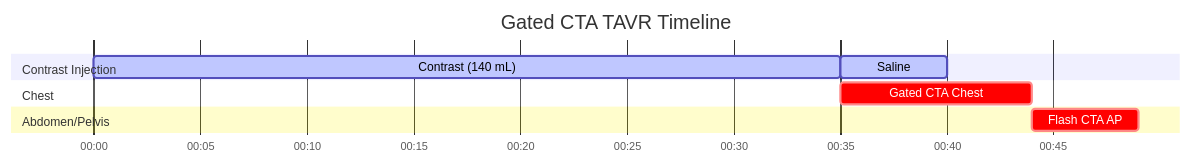
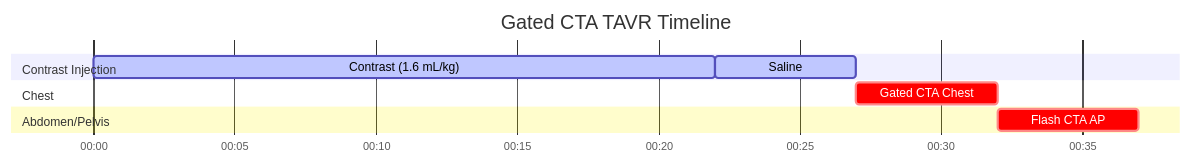
The diagram in docs/ct/cardiac/gated-cta-tavr.md (dfergs93/radiology-protocols), drawn with Mermaid before and after one commit. The commit also changed other lines of this file and 26 other files, not shown here.

````diff
--- a/docs/ct/cardiac/gated-cta-tavr.md
+++ b/docs/ct/cardiac/gated-cta-tavr.md
@@ -85,20 +86,20 @@
   ```mermaid
   ---
   displayMode: compact
   config:
     theme: default
     themeCSS: " #Saline{ fill: #4ed5ff; stroke: #2094f3; } "
   ---
     gantt
       title Gated CTA TAVR Timeline
       dateFormat mm:ss
       axisFormat %M:%S 
       
       section Contrast Injection
-      Contrast (140 mL)    :active, contrast, 00:00, 35s
+      Contrast (1.6 mL/kg)    :active, contrast, 00:00, 22s
       Saline          :active, saline, after contrast, 5s
       section Chest
-      Gated CTA Chest    :crit, scan1, after contrast, 9.0s
+      Gated CTA Chest    :crit, scan1, after saline, 5s
       section Abdomen/Pelvis
       Flash CTA AP    :crit, scan2, after scan1, 5s
   ```
````
